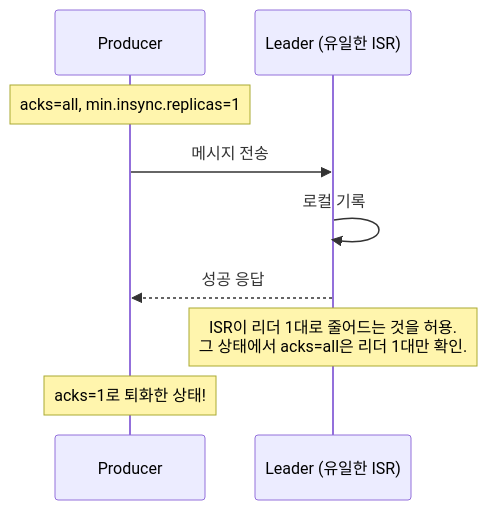
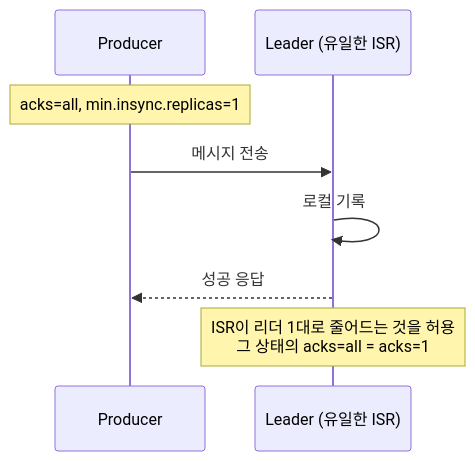
One commit to ghtjr410/kafka-lab changed the first of 3 diagrams in docs/book/2-spring/01-producer.md. Above: the diagram before and after it, drawn with Mermaid. The commit also changed other lines of this file and 1 other file, not shown here.

````diff
--- a/docs/book/2-spring/01-producer.md
+++ b/docs/book/2-spring/01-producer.md
@@ -54,14 +17,12 @@
 ```mermaid
 sequenceDiagram
     participant P as Producer
     participant L as Leader (유일한 ISR)
 
     Note over P: acks=all, min.insync.replicas=1
 
     P->>L: 메시지 전송
     L->>L: 로컬 기록
     L-->>P: 성공 응답
-
-    Note over L: ISR이 리더 1대로 줄어드는 것을 허용.<br/>그 상태에서 acks=all은 리더 1대만 확인.
-    Note over P: acks=1로 퇴화한 상태!
+    Note over L: ISR이 리더 1대로 줄어드는 것을 허용<br/>그 상태의 acks=all = acks=1
 ```
````
